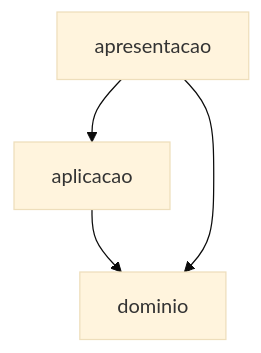
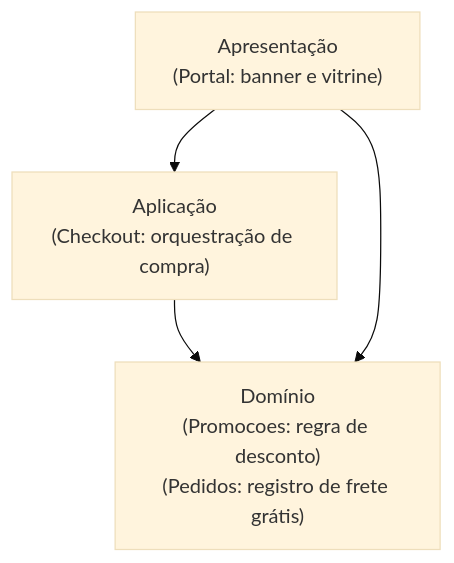
The diagram in docs/modulo2/aula10-monolito-em-camadas.md (eduardo-da-silva/fundamentos-arquitetura), drawn with Mermaid (base theme) before and after one commit. The commit also changed other lines of this file and 8 other files, not shown here.

````diff
--- a/docs/modulo2/aula10-monolito-em-camadas.md
+++ b/docs/modulo2/aula10-monolito-em-camadas.md
@@ -84,6 +130,10 @@
 ```mermaid
 flowchart TD
+    apresentacao["Apresentação\n(Portal: banner e vitrine)"]
+    aplicacao["Aplicação\n(Checkout: orquestração de compra)"]
+    dominio["Domínio\n(Promocoes: regra de desconto)\n(Pedidos: registro de frete grátis)"]
+    
     apresentacao --> aplicacao
     aplicacao --> dominio
     apresentacao --> dominio
 ```
````
